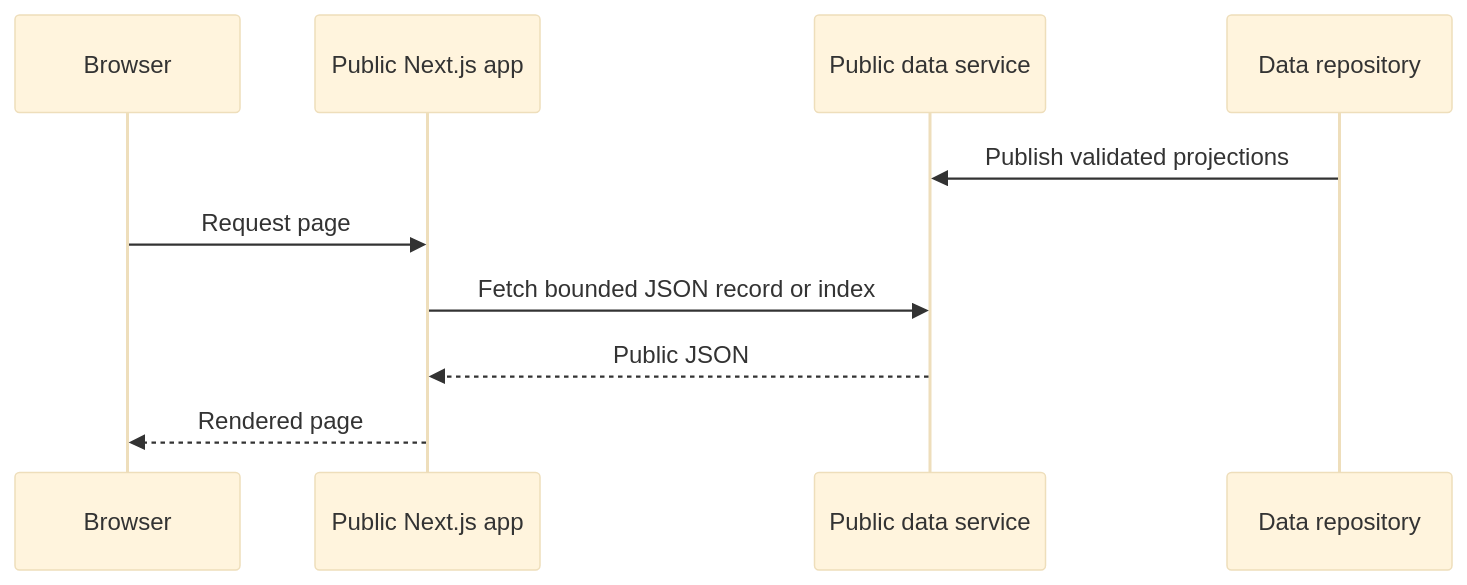
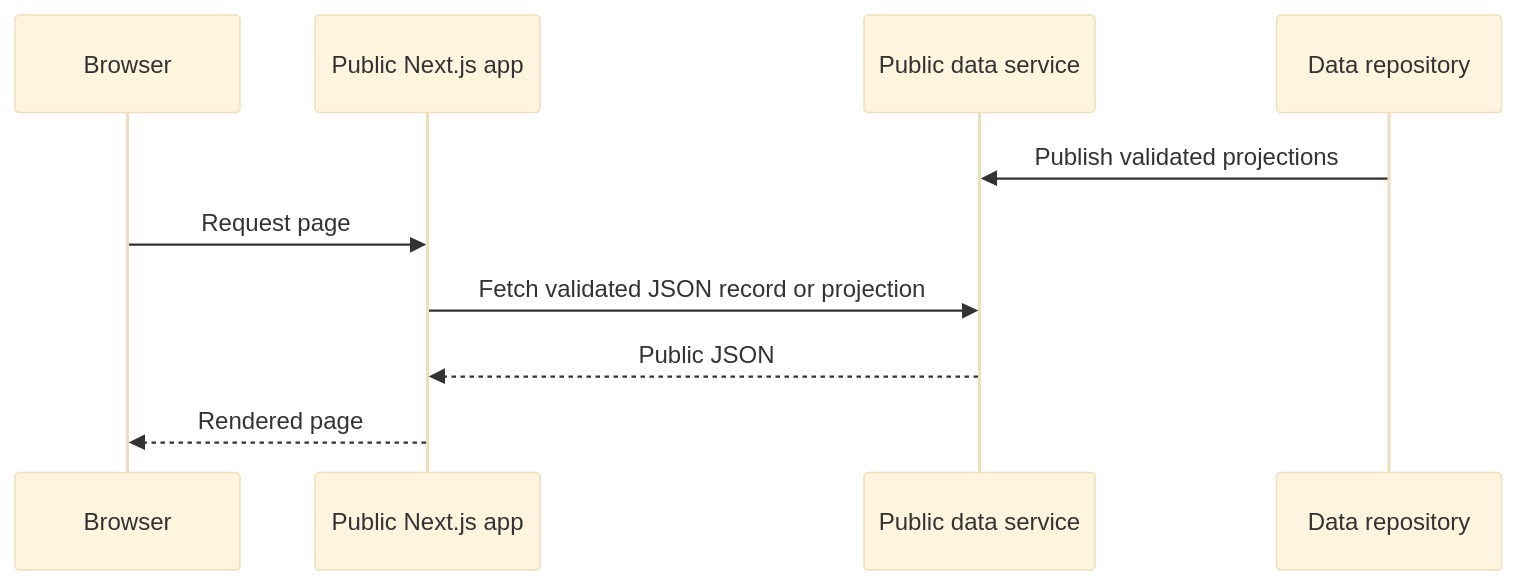
Before and after one commit to shamilaw-sci/CSC3213_20_Group_B: the second of 5 diagrams in docs/ARCHITECTURE.md, drawn with Mermaid (base theme). The commit also changed other lines of this file and 9 other files, not shown here.

````diff
--- a/docs/ARCHITECTURE.md
+++ b/docs/ARCHITECTURE.md
@@ -88,13 +88,13 @@
 ```mermaid
 sequenceDiagram
   participant Browser
   participant App as Public Next.js app
   participant Data as Public data service
   participant Repo as Data repository
 
   Repo->>Data: Publish validated projections
   Browser->>App: Request page
-  App->>Data: Fetch bounded JSON record or index
+  App->>Data: Fetch validated JSON record or projection
   Data-->>App: Public JSON
   App-->>Browser: Rendered page
 ```
````
